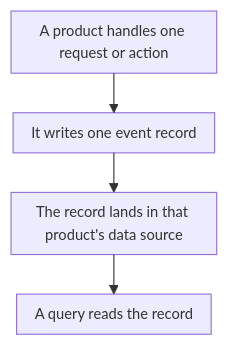
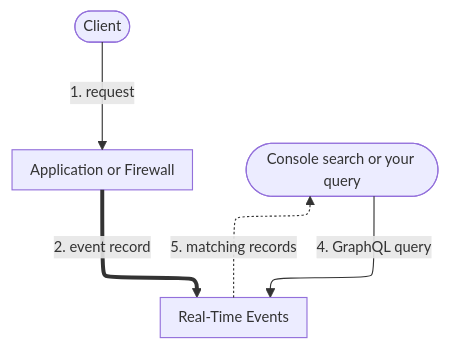
The diagram in apps/docs/src/content/docs/en/pages/main-menu/reference/observe/real-time-events/real-time-events.mdx (aziontech/docs), drawn with Mermaid before and after one commit. The commit also changed other lines of this file and 41 other files, not shown here.

Commit message:
fix(real-time-events): verify the Overview, Quickstart, How it works, and Limits against the product (#2715)

````diff
--- a/apps/docs/src/content/docs/en/pages/main-menu/reference/observe/real-time-events/real-time-events.mdx
+++ b/apps/docs/src/content/docs/en/pages/main-menu/reference/observe/real-time-events/real-time-events.mdx
@@ -68,7 +30,12 @@
 ```mermaid
-%%{init: {"layout": "elk", "themeVariables": {"fontSize": "13px"}, "flowchart": {"nodeSpacing": 24, "rankSpacing": 36, "padding": 8, "wrappingWidth": 150, "useMaxWidth": true}, "sequence": {"width": 120, "actorMargin": 30, "useMaxWidth": true}}}%%
+%%{init: {"layout": "elk", "elk": {"cycleBreakingStrategy": "MODEL_ORDER"}, "themeVariables": {"fontSize": "13px"}, "flowchart": {"nodeSpacing": 24, "rankSpacing": 36, "padding": 8, "wrappingWidth": 150, "useMaxWidth": true}, "sequence": {"width": 120, "actorMargin": 30, "useMaxWidth": true}}}%%
 flowchart TD
-  Work["A product handles one request or action"] --> Rec["It writes one event record"]
-  Rec --> Src["The record lands in that product's data source"]
-  Src --> Query["A query reads the record"]
+  Client(["Client"])
+  App["Application or Firewall"]
+  RTE["Real-Time Events"]
+  Reader(["Console search or your query"])
+  Client -->|"1. request"| App
+  App ==>|"2. event record"| RTE
+  Reader -->|"4. GraphQL query"| RTE
+  RTE -.->|"5. matching records"| Reader
 ```
````
